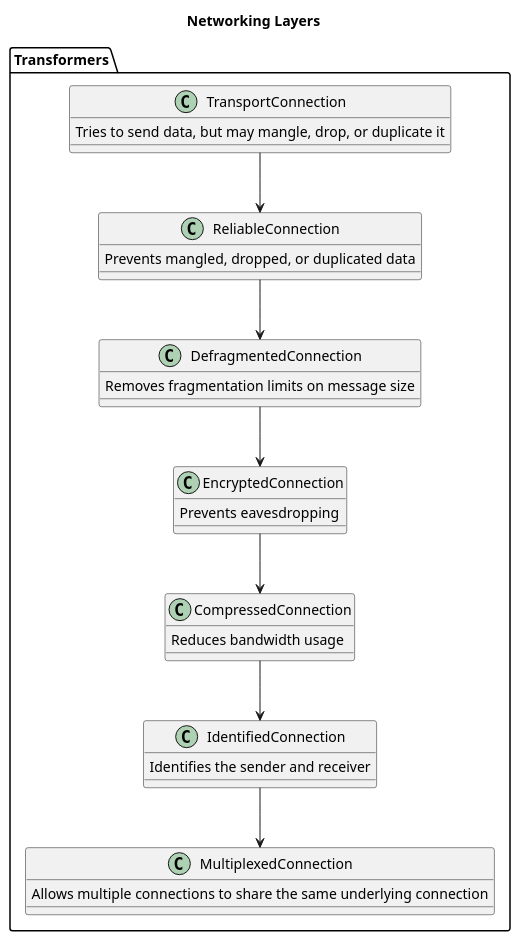
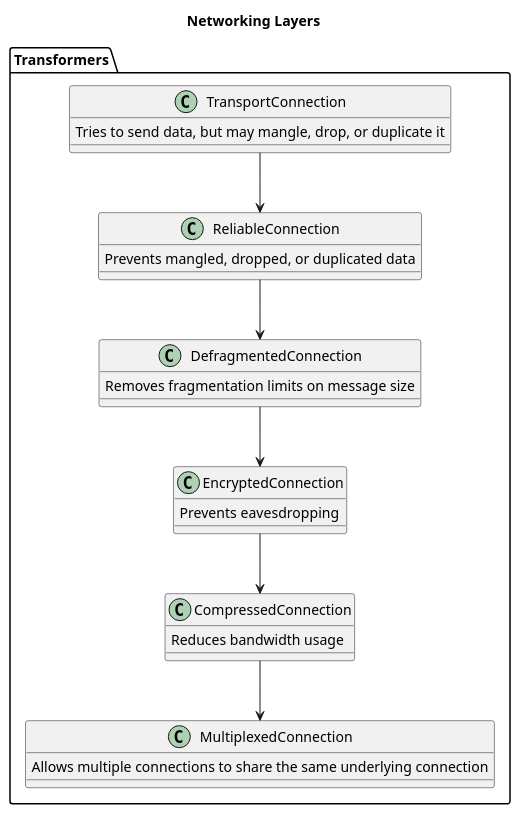
Before and after one commit to qonfluent/veritas: the diagram in doc/Layers.puml, drawn with PlantUML. The commit also changed 16 other files, not shown here.

```diff
--- a/doc/Layers.puml
+++ b/doc/Layers.puml
@@ -1,36 +1,32 @@
-@startuml
+@startuml Networking Layers
 
 title Networking Layers
 
 package Transformers {
 	class TransportConnection {
 		Tries to send data, but may mangle, drop, or duplicate it
 	}
 	class ReliableConnection {
 		Prevents mangled, dropped, or duplicated data
 	}
 	class DefragmentedConnection {
 		Removes fragmentation limits on message size
 	}
 	class EncryptedConnection {
 		Prevents eavesdropping
 	}
 	class CompressedConnection {
 		Reduces bandwidth usage
 	}
-	class IdentifiedConnection {
-		Identifies the sender and receiver
-	}
 	class MultiplexedConnection {
 		Allows multiple connections to share the same underlying connection
 	}
 
 	TransportConnection --> ReliableConnection
 	ReliableConnection --> DefragmentedConnection
 	DefragmentedConnection --> EncryptedConnection
 	EncryptedConnection --> CompressedConnection
-	CompressedConnection --> IdentifiedConnection
-	IdentifiedConnection --> MultiplexedConnection
+	CompressedConnection --> MultiplexedConnection
 }
 
 @enduml
```
